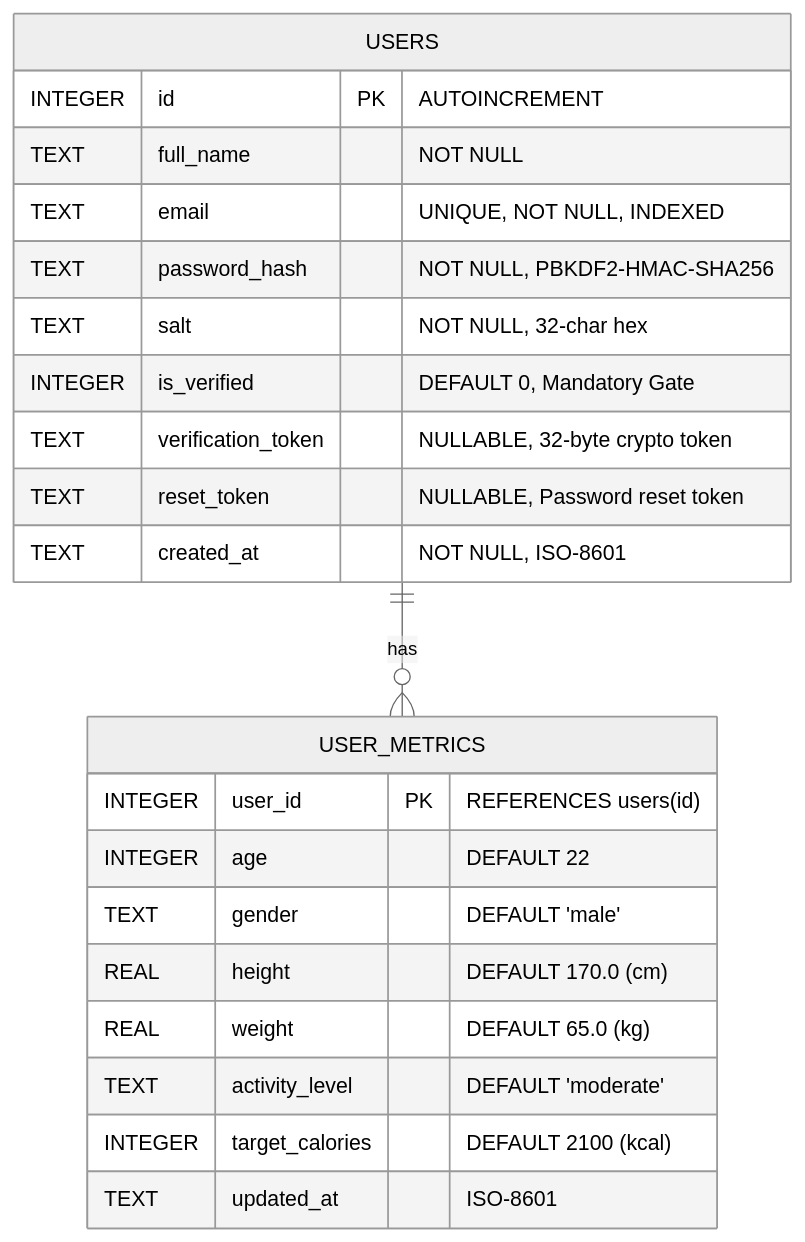
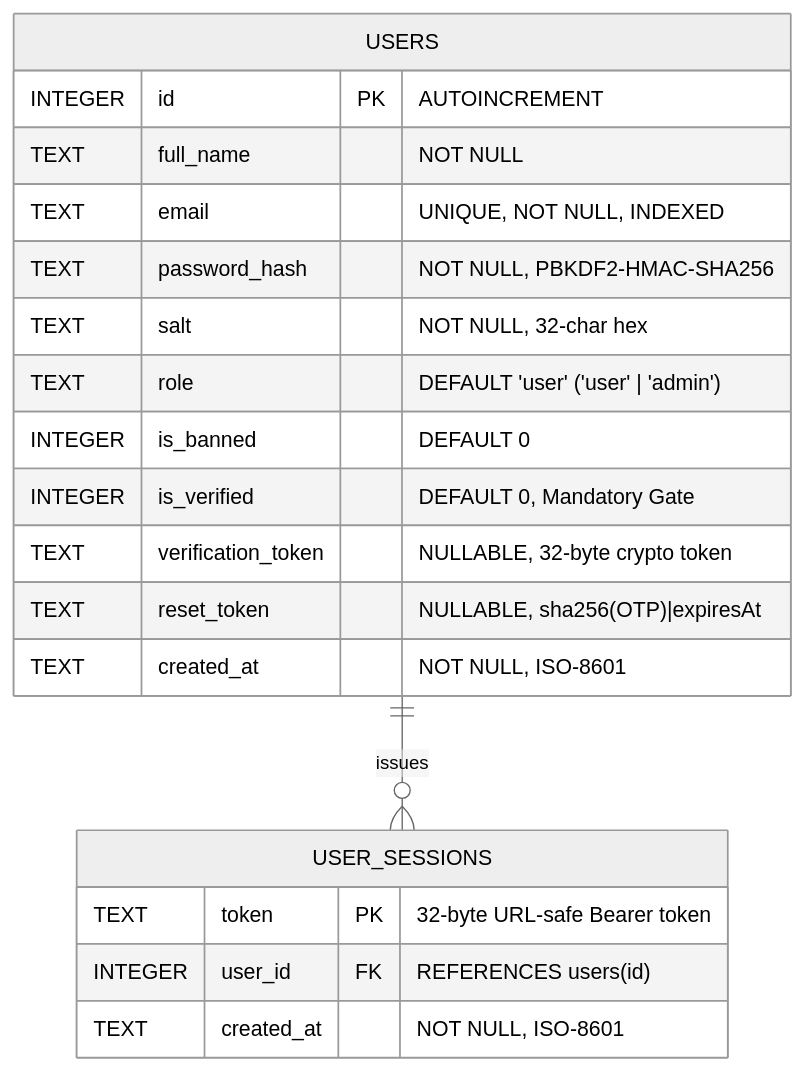
One commit to cornne/NutriViet_CNPM changed the first of 2 diagrams in specs/001-authentication/data-model.md. Above: the diagram before and after it, drawn with Mermaid (neutral theme). The commit also changed other lines of this file and 195 other files, not shown here.

Commit message:
docs(pa4): finalize PA4-2026 architecture, specs, weekly reports, and submission package

````diff
--- a/specs/001-authentication/data-model.md
+++ b/specs/001-authentication/data-model.md
@@ -12,25 +12,22 @@
 ```mermaid
 erDiagram
-    USERS ||--o{ USER_METRICS : "has"
+    USERS ||--o{ USER_SESSIONS : "issues"
     USERS {
         INTEGER id PK "AUTOINCREMENT"
         TEXT full_name "NOT NULL"
         TEXT email "UNIQUE, NOT NULL, INDEXED"
         TEXT password_hash "NOT NULL, PBKDF2-HMAC-SHA256"
         TEXT salt "NOT NULL, 32-char hex"
+        TEXT role "DEFAULT 'user' ('user' | 'admin')"
+        INTEGER is_banned "DEFAULT 0"
         INTEGER is_verified "DEFAULT 0, Mandatory Gate"
         TEXT verification_token "NULLABLE, 32-byte crypto token"
-        TEXT reset_token "NULLABLE, Password reset token"
+        TEXT reset_token "NULLABLE, sha256(OTP)|expiresAt"
         TEXT created_at "NOT NULL, ISO-8601"
     }
-    USER_METRICS {
-        INTEGER user_id PK "REFERENCES users(id)"
-        INTEGER age "DEFAULT 22"
-        TEXT gender "DEFAULT 'male'"
-        REAL height "DEFAULT 170.0 (cm)"
-        REAL weight "DEFAULT 65.0 (kg)"
-        TEXT activity_level "DEFAULT 'moderate'"
-        INTEGER target_calories "DEFAULT 2100 (kcal)"
-        TEXT updated_at "ISO-8601"
+    USER_SESSIONS {
+        TEXT token PK "32-byte URL-safe Bearer token"
+        INTEGER user_id FK "REFERENCES users(id)"
+        TEXT created_at "NOT NULL, ISO-8601"
     }
 ```
````
